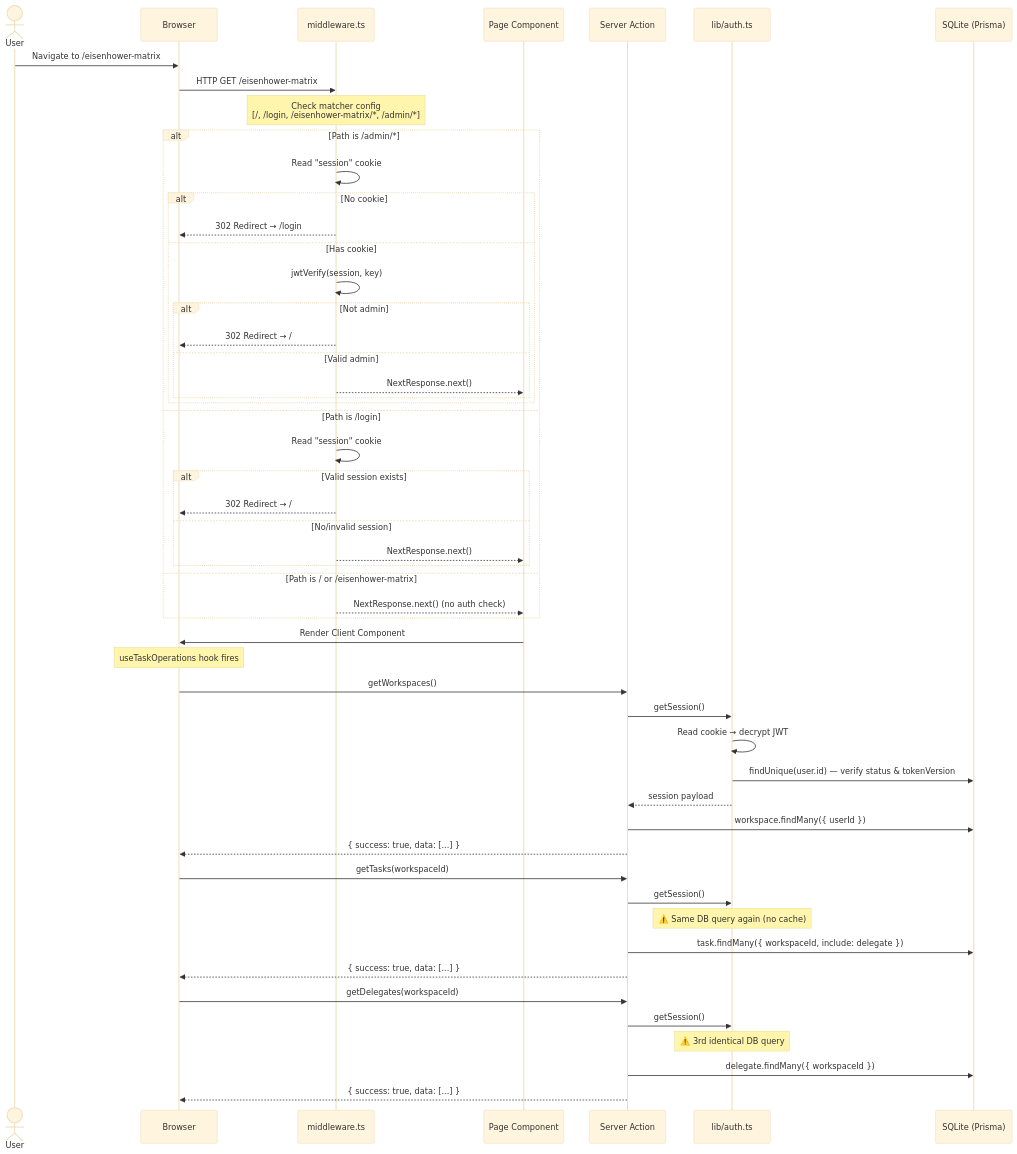
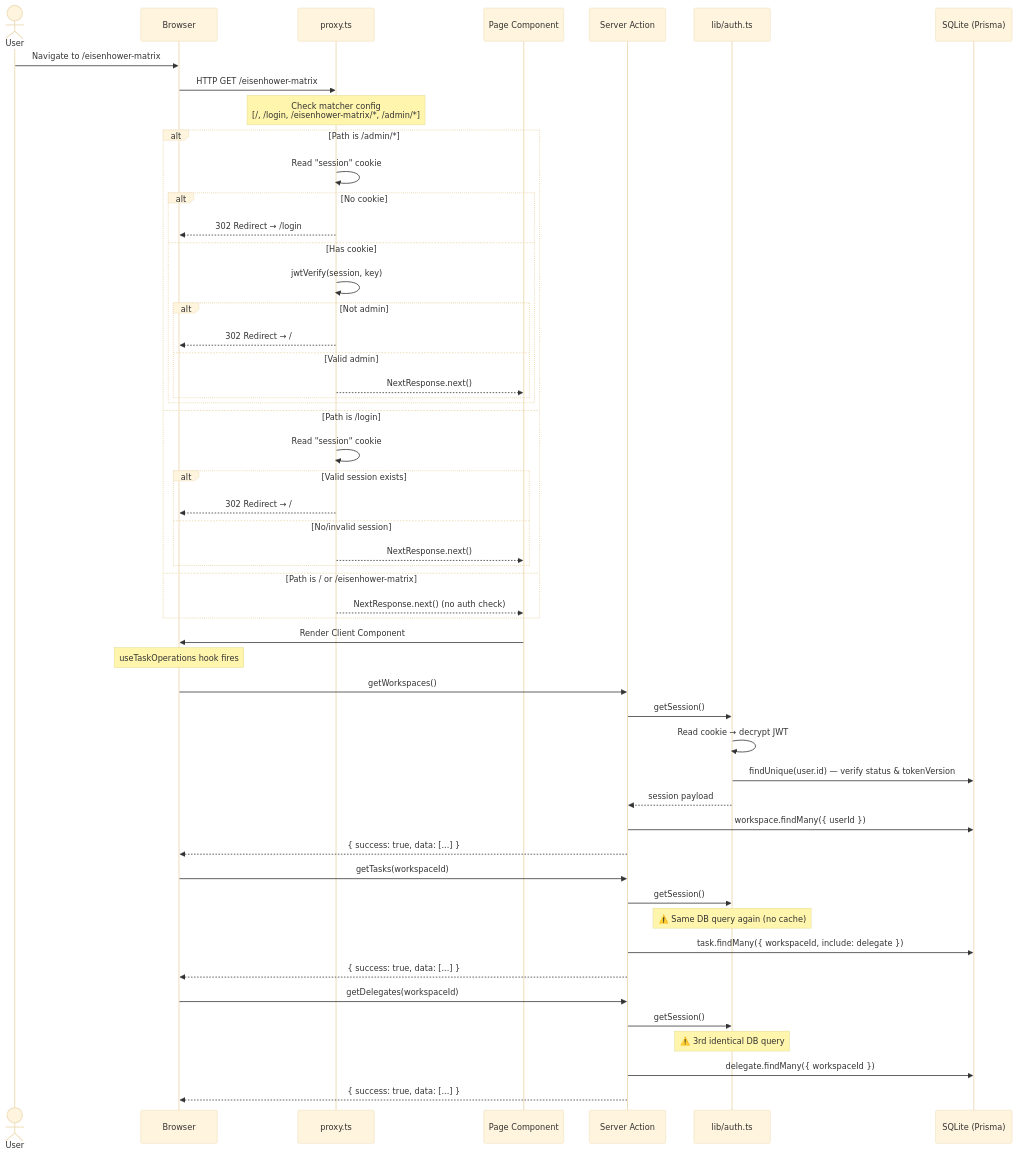
One commit to kush95300/kaushal-mental-models-app changed the third of 6 diagrams in Docs/codebase-analysis.md. Above: the diagram before and after it, drawn with Mermaid (base theme). The commit also changed other lines of this file and 76 other files, not shown here.

````diff
--- a/Docs/codebase-analysis.md
+++ b/Docs/codebase-analysis.md
@@ -124,62 +124,62 @@
 ```mermaid
 sequenceDiagram
     actor User
     participant Browser
-    participant Middleware as middleware.ts
+    participant Proxy as proxy.ts
     participant Page as Page Component
     participant Action as Server Action
     participant AuthLib as lib/auth.ts
     participant DB as SQLite (Prisma)
 
     User->>Browser: Navigate to /eisenhower-matrix
-    Browser->>Middleware: HTTP GET /eisenhower-matrix
+    Browser->>Proxy: HTTP GET /eisenhower-matrix
 
-    Note over Middleware: Check matcher config<br/>[/, /login, /eisenhower-matrix/*, /admin/*]
+    Note over Proxy: Check matcher config<br/>[/, /login, /eisenhower-matrix/*, /admin/*]
 
     alt Path is /admin/*
-        Middleware->>Middleware: Read "session" cookie
+        Proxy->>Proxy: Read "session" cookie
         alt No cookie
-            Middleware-->>Browser: 302 Redirect → /login
+            Proxy-->>Browser: 302 Redirect → /login
         else Has cookie
-            Middleware->>Middleware: jwtVerify(session, key)
+            Proxy->>Proxy: jwtVerify(session, key)
             alt Not admin
-                Middleware-->>Browser: 302 Redirect → /
+                Proxy-->>Browser: 302 Redirect → /
             else Valid admin
-                Middleware-->>Page: NextResponse.next()
+                Proxy-->>Page: NextResponse.next()
             end
         end
     else Path is /login
-        Middleware->>Middleware: Read "session" cookie
+        Proxy->>Proxy: Read "session" cookie
         alt Valid session exists
-            Middleware-->>Browser: 302 Redirect → /
+            Proxy-->>Browser: 302 Redirect → /
         else No/invalid session
-            Middleware-->>Page: NextResponse.next()
+            Proxy-->>Page: NextResponse.next()
         end
     else Path is / or /eisenhower-matrix
-        Middleware-->>Page: NextResponse.next() (no auth check)
+        Proxy-->>Page: NextResponse.next() (no auth check)
     end
 
     Page->>Browser: Render Client Component
 
     Note over Browser: useTaskOperations hook fires
 
     Browser->>Action: getWorkspaces()
     Action->>AuthLib: getSession()
     AuthLib->>AuthLib: Read cookie → decrypt JWT
     AuthLib->>DB: findUnique(user.id) — verify status & tokenVersion
     AuthLib-->>Action: session payload
     Action->>DB: workspace.findMany({ userId })
     Action-->>Browser: { success: true, data: [...] }
 
     Browser->>Action: getTasks(workspaceId)
     Action->>AuthLib: getSession()
     Note over AuthLib: ⚠️ Same DB query again (no cache)
     Action->>DB: task.findMany({ workspaceId, include: delegate })
     Action-->>Browser: { success: true, data: [...] }
 
     Browser->>Action: getDelegates(workspaceId)
     Action->>AuthLib: getSession()
     Note over AuthLib: ⚠️ 3rd identical DB query
     Action->>DB: delegate.findMany({ workspaceId })
     Action-->>Browser: { success: true, data: [...] }
 ```
````
